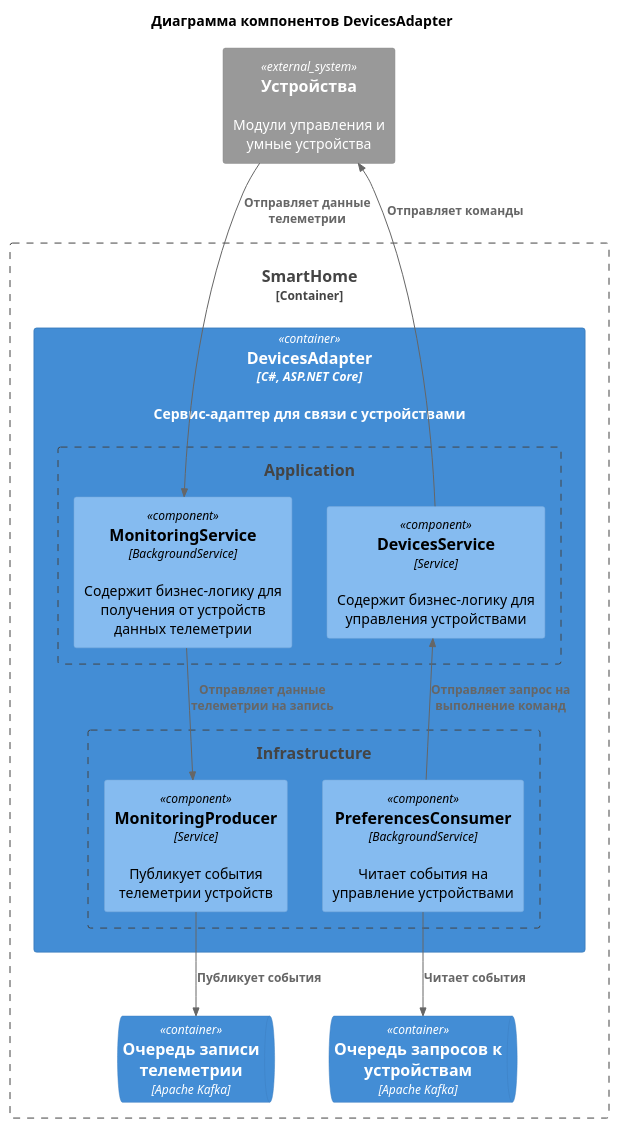
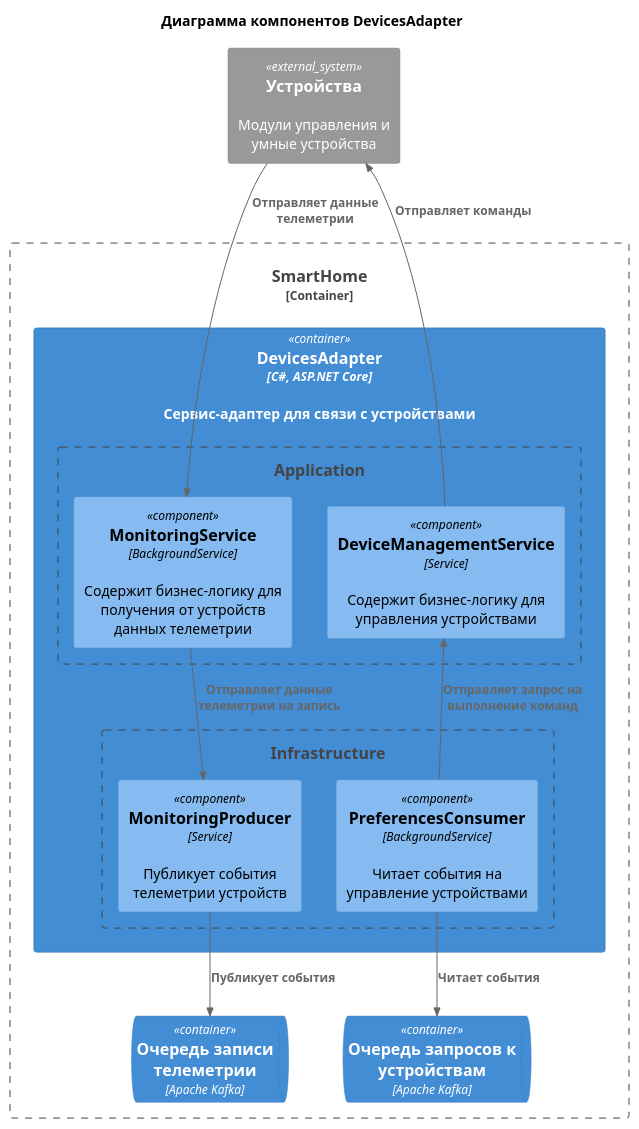
One commit to egorbos-practicum/architecture-warmhouse changed the diagram in diagrams/devices-adapter-components-diagram.puml. Above: the diagram before and after it, drawn with PlantUML. The commit also changed 2 other files, not shown here.

Commit message:
Добавляет диаграмму кода

```diff
--- a/diagrams/devices-adapter-components-diagram.puml
+++ b/diagrams/devices-adapter-components-diagram.puml
@@ -1,35 +1,35 @@
 @startuml
 !include <C4/C4_Component>
 
 title Диаграмма компонентов DevicesAdapter
 
 Container_Boundary(SmartHome, "SmartHome") {
     Container(DevicesAdapterContainer, "DevicesAdapter", "C#, ASP.NET Core", "Сервис-адаптер для связи с устройствами")
     ContainerQueue(PreferencesQueue, "Очередь запросов к устройствам", "Apache Kafka")
     ContainerQueue(MonitoringQueue, "Очередь записи телеметрии", "Apache Kafka")
 }
 
 Container(DevicesAdapterContainer, "DevicesAdapter") {
     Boundary(Services, "Application") {
-        Component(DevicesService, "DevicesService", "Service", "Содержит бизнес-логику для управления устройствами")
+        Component(DeviceManagementService, "DeviceManagementService", "Service", "Содержит бизнес-логику для управления устройствами")
         Component(MonitoringService, "MonitoringService", "BackgroundService", "Содержит бизнес-логику для получения от устройств данных телеметрии")
     }
 
     Boundary(Infrastructure, "Infrastructure") {
         Component(PreferencesConsumer, "PreferencesConsumer", "BackgroundService", "Читает события на управление устройствами")
         Component(MonitoringProducer, "MonitoringProducer", "Service", "Публикует события телеметрии устройств")
     }
 }
 
 System_Ext(Devices, "Устройства", "Модули управления и умные устройства")
 
 Rel(MonitoringService, MonitoringProducer, "Отправляет данные телеметрии на запись")
-Rel(PreferencesConsumer, DevicesService, "Отправляет запрос на выполнение команд")
+Rel(PreferencesConsumer, DeviceManagementService, "Отправляет запрос на выполнение команд")
 
 Rel(PreferencesConsumer, PreferencesQueue, "Читает события")
 Rel(MonitoringProducer, MonitoringQueue, "Публикует события")
 
-Rel(DevicesService, Devices, "Отправляет команды")
+Rel(DeviceManagementService, Devices, "Отправляет команды")
 Rel(Devices, MonitoringService, "Отправляет данные телеметрии")
 
 @enduml
```
